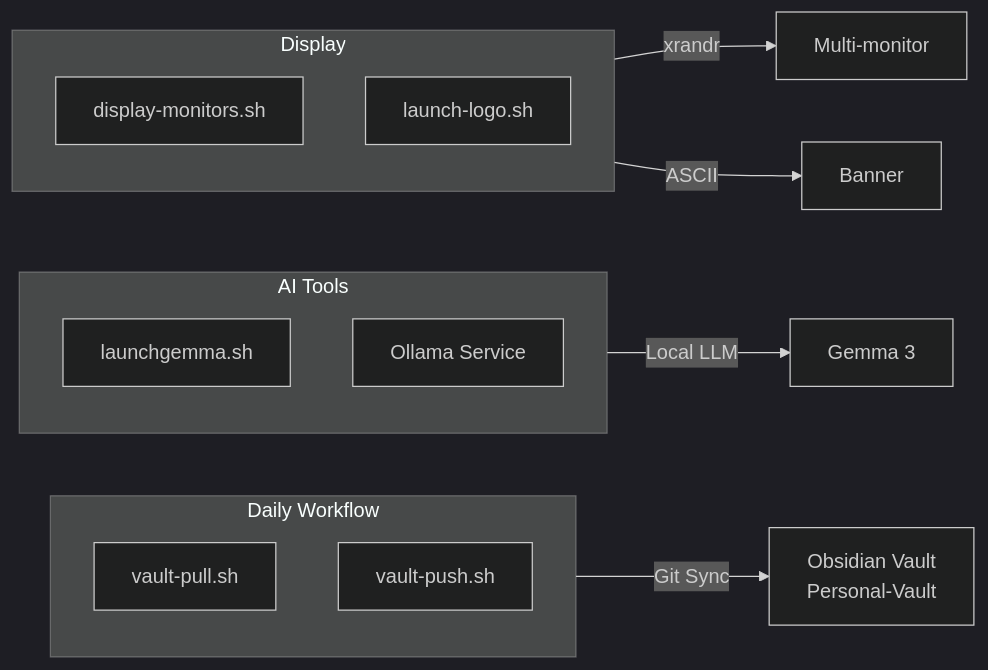
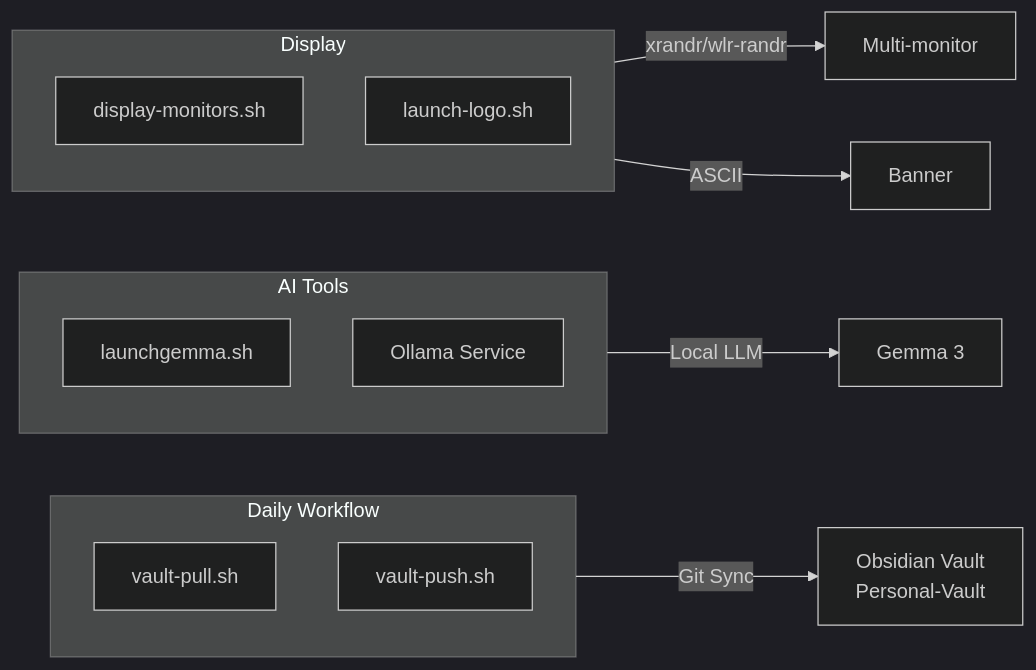
One commit to D4rkDr4gon/dotfiles changed the second of 2 diagrams in docs/automations.md. Above: the diagram before and after it, drawn with Mermaid (dark theme). The commit also changed other lines of this file and 41 other files, not shown here.

````diff
--- a/docs/automations.md
+++ b/docs/automations.md
@@ -92,23 +94,23 @@
 ```mermaid
 graph LR
     subgraph Daily["Daily Workflow"]
         direction TB
         VP[vault-pull.sh]
         VPS[vault-push.sh]
     end
 
     subgraph AI["AI Tools"]
         LG[launchgemma.sh]
         OL[Ollama Service]
     end
 
     subgraph Display["Display"]
         DM[display-monitors.sh]
         LL[launch-logo.sh]
     end
 
     Daily -->|Git Sync| OV[Obsidian Vault<br/>Personal-Vault]
     AI -->|Local LLM| GM[Gemma 3]
-    Display -->|xrandr| MM[Multi-monitor]
+    Display -->|xrandr/wlr-randr| MM[Multi-monitor]
     Display -->|ASCII| BN[Banner]
 ```
````
